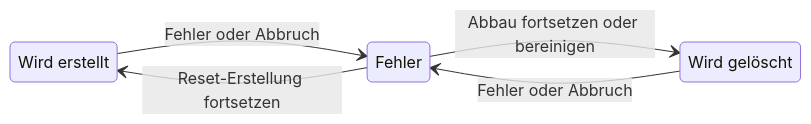
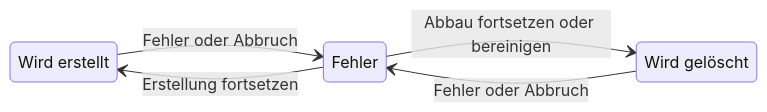
Before and after one commit to Cancani/diplomarbeit: the seventh of 7 diagrams in docs/dokumentation.md, drawn with Mermaid. The commit also changed other lines of this file and 1 other file, not shown here.

````diff
--- a/docs/dokumentation.md
+++ b/docs/dokumentation.md
@@ -1386,13 +1390,13 @@
 ```mermaid
 stateDiagram-v2
     direction LR
 
     state "Wird erstellt" as creating
     state "Fehler" as error
     state "Wird gelöscht" as deleting
 
     creating --> error: Fehler oder Abbruch
     deleting --> error: Fehler oder Abbruch
-    error --> creating: Reset-Erstellung fortsetzen
+    error --> creating: Erstellung fortsetzen
     error --> deleting: Abbau fortsetzen oder bereinigen
 ```
````
